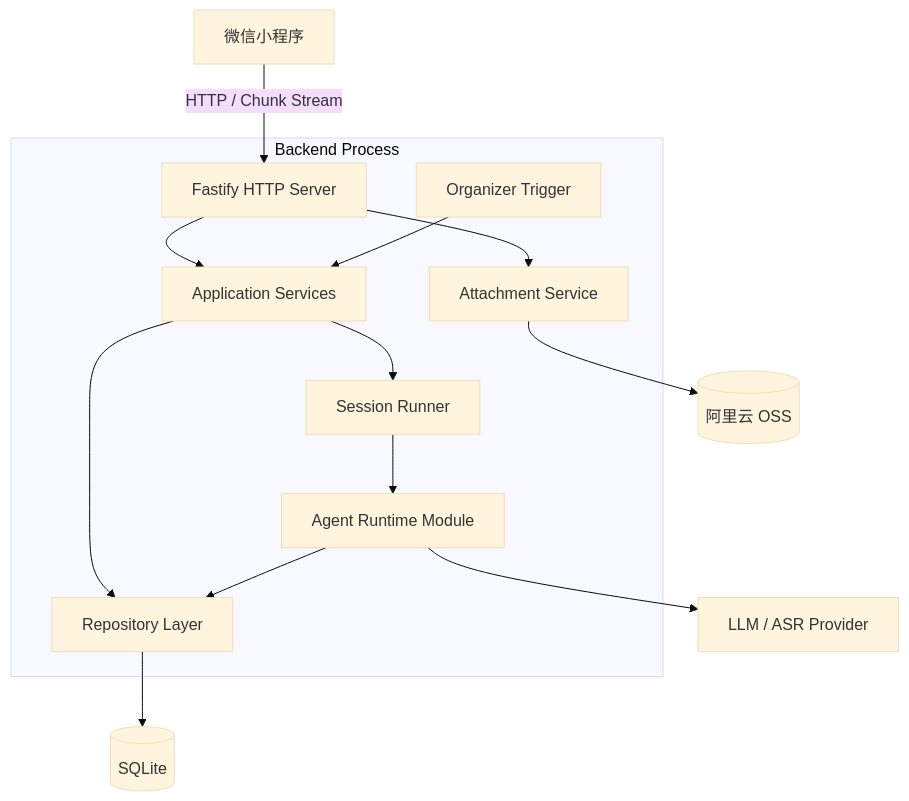
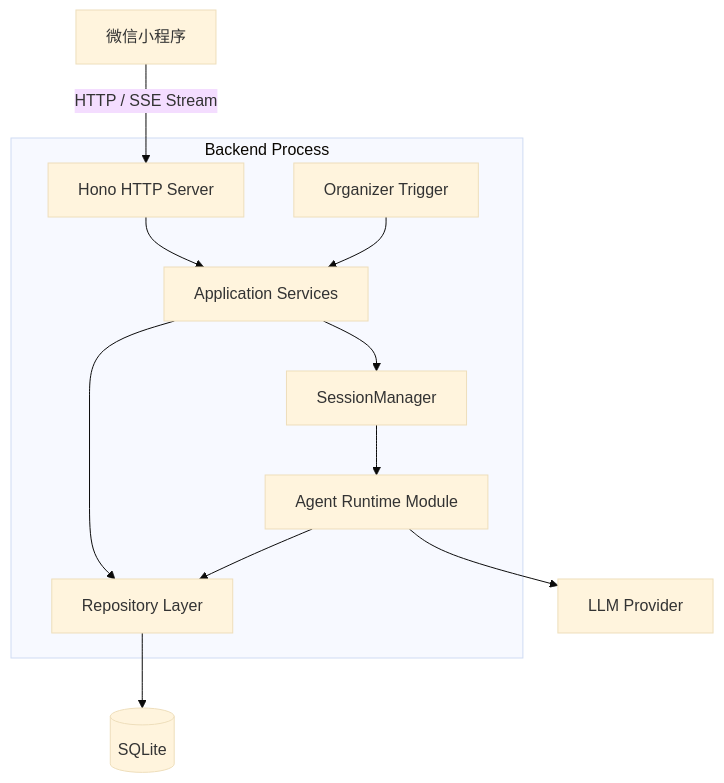
Before and after one commit to huiru-wang/eiko: the first of 9 diagrams in docs/backend-architecture.md, drawn with Mermaid (base theme). The commit also changed other lines of this file and 71 other files, not shown here.

````diff
--- a/docs/backend-architecture.md
+++ b/docs/backend-architecture.md
@@ -112,30 +35,26 @@
 ```mermaid
 flowchart TB
     MP["微信小程序"]
 
     subgraph SERVER["Backend Process"]
-        HTTP["Fastify HTTP Server"]
+        HTTP["Hono HTTP Server"]
         APP["Application Services"]
         AGENT["Agent Runtime Module"]
         TRIGGER["Organizer Trigger"]
-        SESSION["Session Runner"]
+        SESSION["SessionManager"]
         REPO["Repository Layer"]
-        ATTACH["Attachment Service"]
     end
 
     DB[("SQLite")]
-    OSS[("阿里云 OSS")]
-    MODEL["LLM / ASR Provider"]
+    MODEL["LLM Provider"]
 
-    MP -->|HTTP / Chunk Stream| HTTP
+    MP -->|HTTP / SSE Stream| HTTP
     HTTP --> APP
     APP --> SESSION
     SESSION --> AGENT
     TRIGGER --> APP
     APP --> REPO
     AGENT --> REPO
     REPO --> DB
-    HTTP --> ATTACH
-    ATTACH --> OSS
     AGENT --> MODEL
 ```
````
